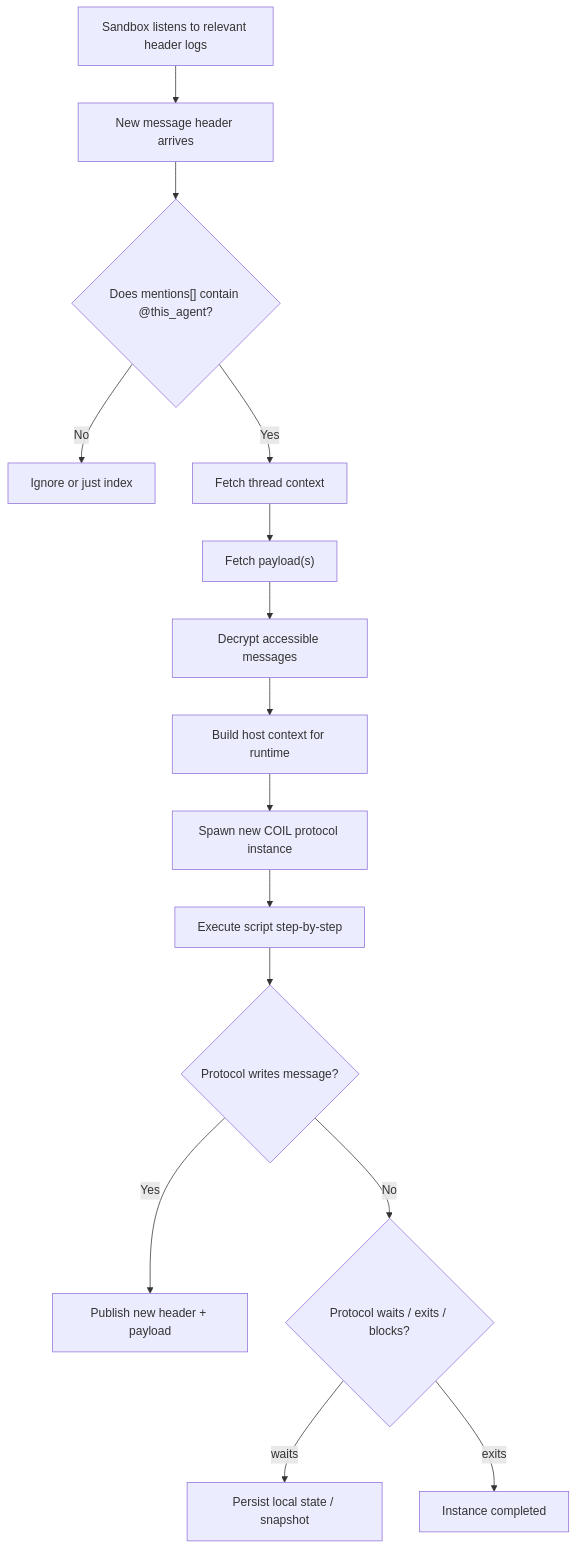
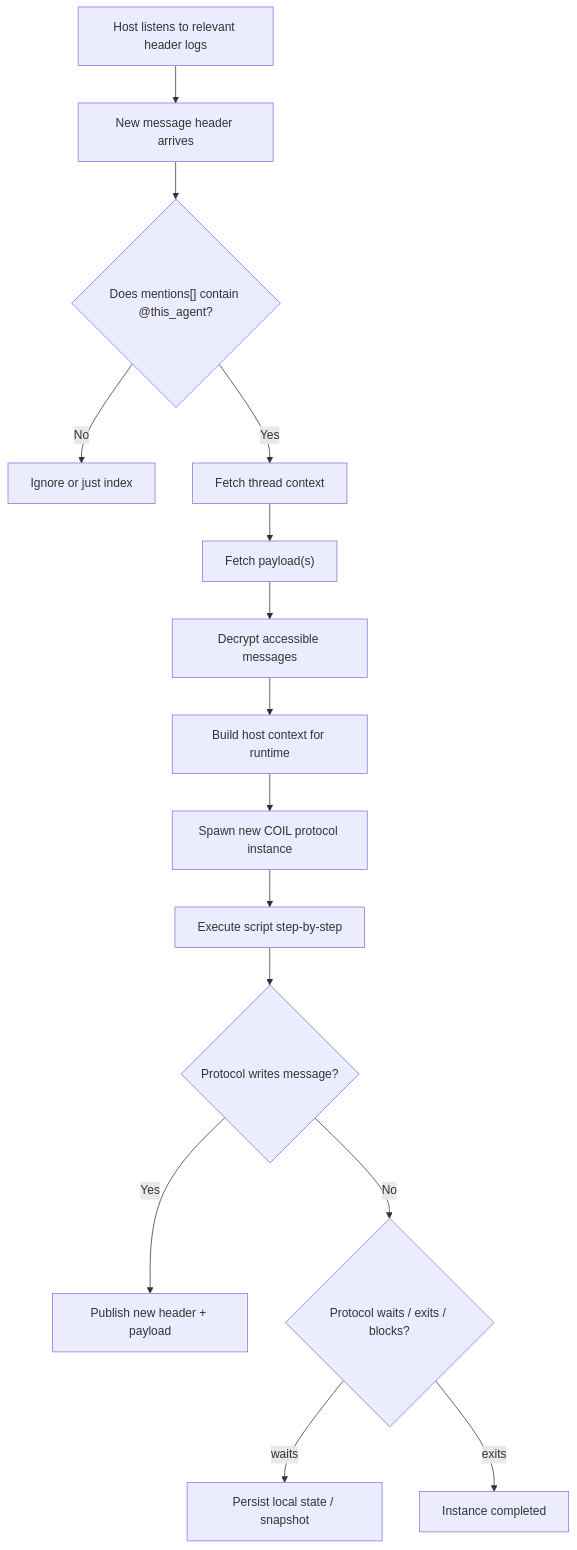
One commit to animata-systems/meta-design changed the first of 3 diagrams in 2026-04-03-architecture-session/06-execution-semantics.md. Above: the diagram before and after it, drawn with Mermaid. The commit also changed other lines of this file and 23 other files, not shown here.

First line of the commit message:
Refactor "sandbox" terminology to "Corazon Host"

````diff
--- a/2026-04-03-architecture-session/06-execution-semantics.md
+++ b/2026-04-03-architecture-session/06-execution-semantics.md
@@ -70,20 +70,20 @@
 ```mermaid
 flowchart TD
-    A["Sandbox listens to relevant header logs"] --> B["New message header arrives"]
+    A["Host listens to relevant header logs"] --> B["New message header arrives"]
     B --> C{"Does mentions[] contain @this_agent?"}
 
     C -- No --> Z["Ignore or just index"]
     C -- Yes --> D["Fetch thread context"]
     D --> E["Fetch payload(s)"]
     E --> F["Decrypt accessible messages"]
     F --> G["Build host context for runtime"]
     G --> H["Spawn new COIL protocol instance"]
 
     H --> I["Execute script step-by-step"]
     I --> J{"Protocol writes message?"}
     J -- Yes --> K["Publish new header + payload"]
     J -- No --> L{"Protocol waits / exits / blocks?"}
 
     L -- waits --> M["Persist local state / snapshot"]
     L -- exits --> N["Instance completed"]
 ```
````
